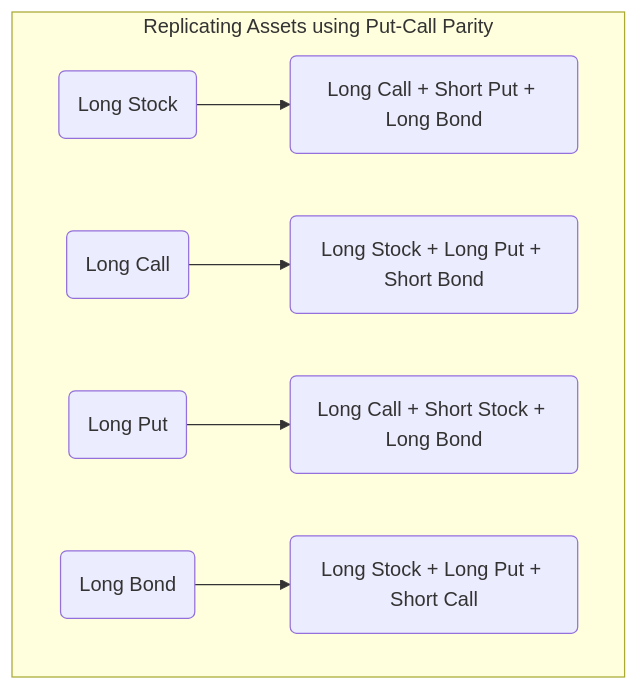
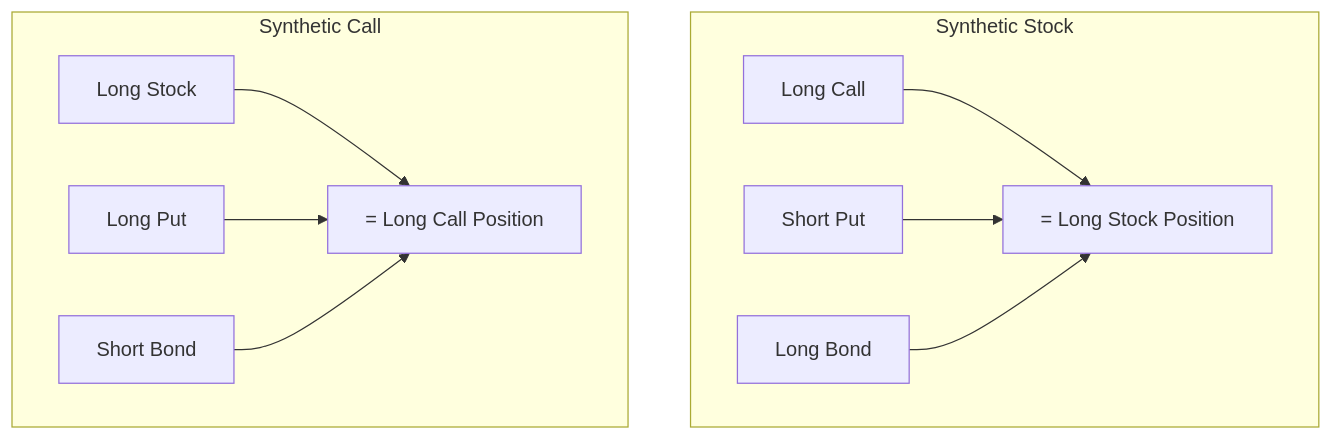
The diagram in docs/LOS/Derivatives/Reading 74.md (agarwalvipin/open_cfa), drawn with Mermaid before and after one commit. The commit also changed other lines of this file and 2 other files, not shown here.

````diff
--- a/docs/LOS/Derivatives/Reading 74.md
+++ b/docs/LOS/Derivatives/Reading 74.md
@@ -45,9 +55,15 @@
 ```mermaid
 graph TD
-    subgraph Replicating Assets using Put-Call Parity
-        A(Long Stock) --> B(Long Call + Short Put + Long Bond)
-        C(Long Call) --> D(Long Stock + Long Put + Short Bond)
-        E(Long Put) --> F(Long Call + Short Stock + Long Bond)
-        G(Long Bond) --> H(Long Stock + Long Put + Short Call)
+    subgraph Synthetic Stock
+        A[Long Call] --> S;
+        B[Short Put] --> S;
+        C[Long Bond] --> S;
     end
+    subgraph Synthetic Call
+        D[Long Stock] --> Ca;
+        E[Long Put] --> Ca;
+        F[Short Bond] --> Ca;
+    end
+    S[= Long Stock Position]
+    Ca[= Long Call Position]
 ```
````
